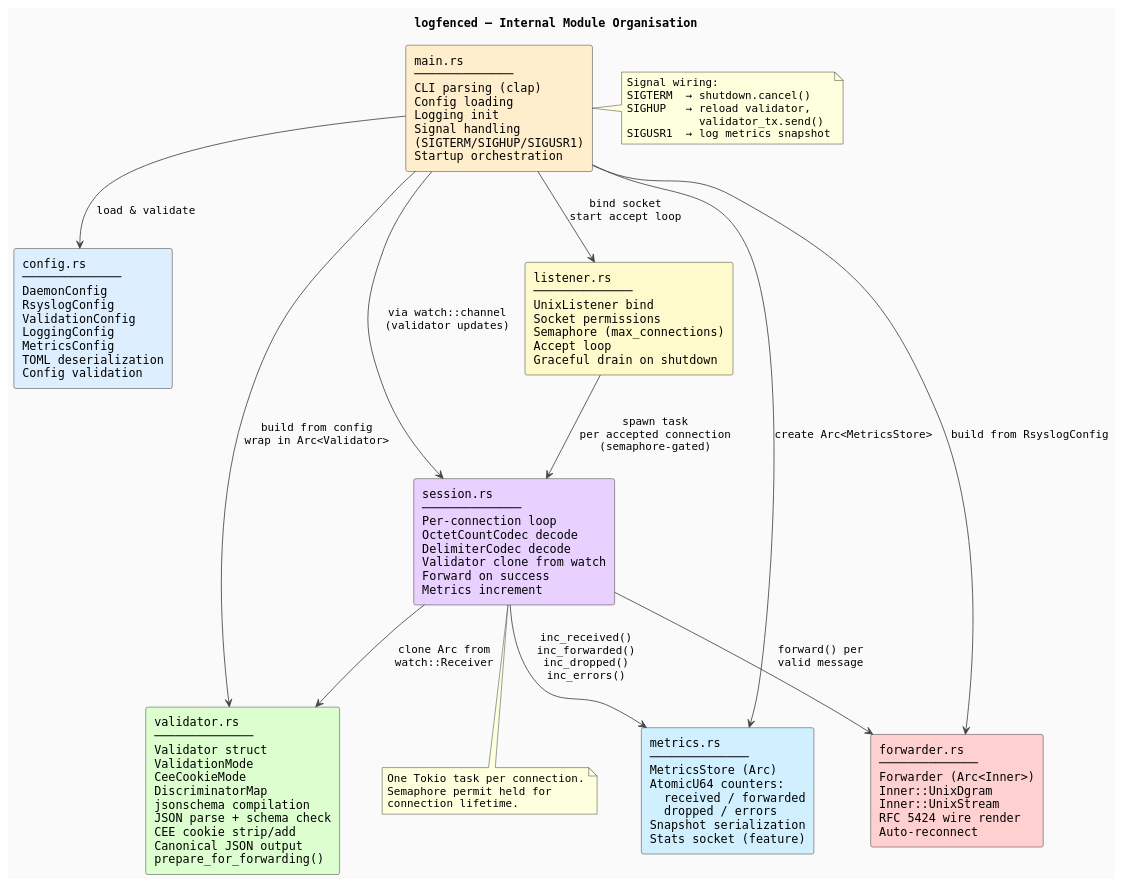
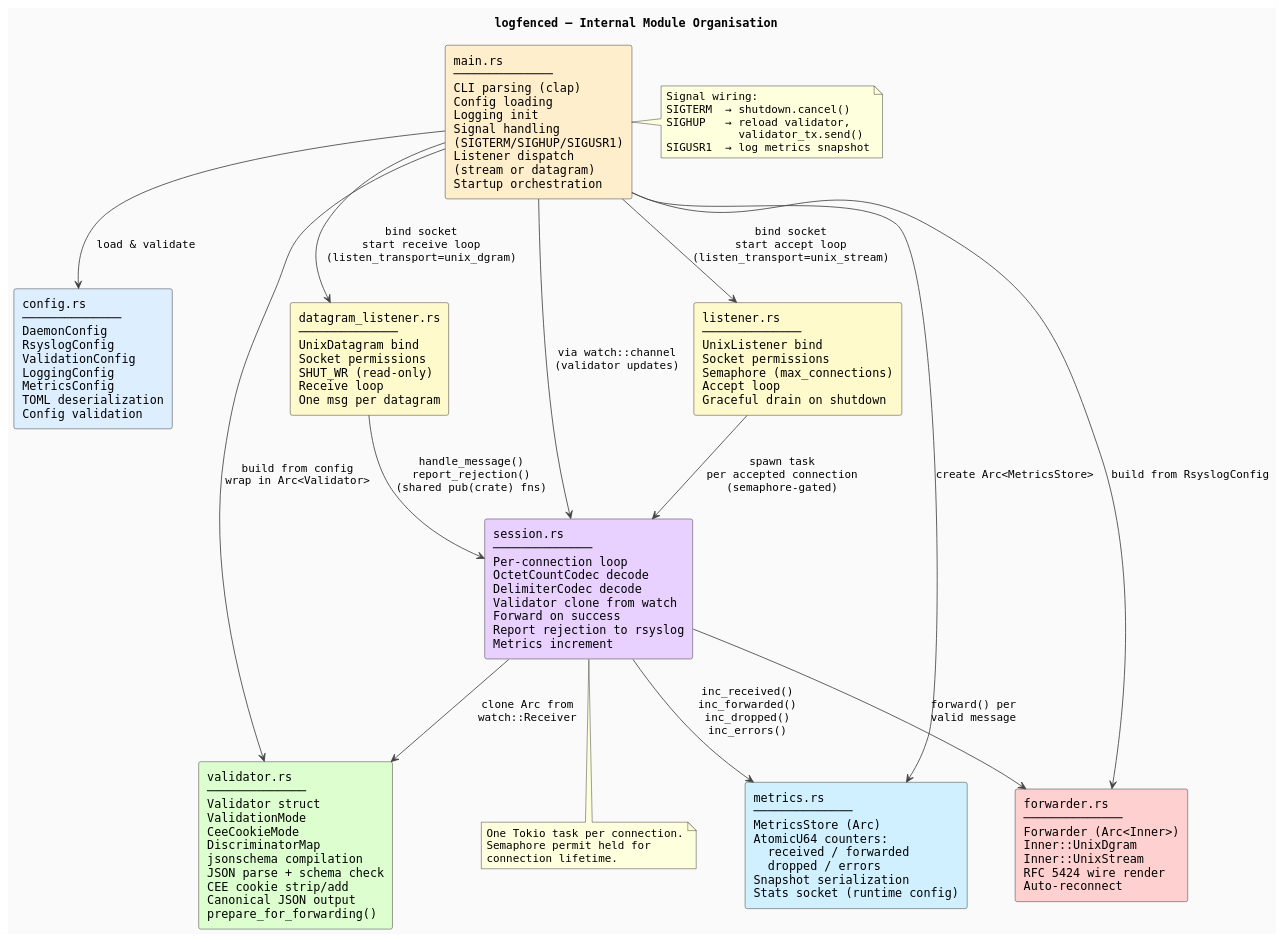
One commit to hildstrom/logfence changed the diagram in docs/diagrams/03-daemon-modules.puml. Above: the diagram before and after it, drawn with PlantUML. The commit also changed 23 other files, not shown here.

Commit message:
datagram input support for logfenced, metrics socket enabled flag, doc updates, diagram updates

```diff
--- a/docs/diagrams/03-daemon-modules.puml
+++ b/docs/diagrams/03-daemon-modules.puml
@@ -1,50 +1,54 @@
 @startuml daemon-modules
 title logfenced — Internal Module Organisation
 
 skinparam defaultFontName Monospaced
 skinparam componentStyle rectangle
 skinparam ArrowColor #444444
 skinparam BackgroundColor #FAFAFA
 
-component "main.rs\n──────────────\nCLI parsing (clap)\nConfig loading\nLogging init\nSignal handling\n(SIGTERM/SIGHUP/SIGUSR1)\nStartup orchestration" as Main #FFEECC
+component "main.rs\n──────────────\nCLI parsing (clap)\nConfig loading\nLogging init\nSignal handling\n(SIGTERM/SIGHUP/SIGUSR1)\nListener dispatch\n(stream or datagram)\nStartup orchestration" as Main #FFEECC
 
 component "config.rs\n──────────────\nDaemonConfig\nRsyslogConfig\nValidationConfig\nLoggingConfig\nMetricsConfig\nTOML deserialization\nConfig validation" as Config #DDEEFF
 
 component "validator.rs\n──────────────\nValidator struct\nValidationMode\nCeeCookieMode\nDiscriminatorMap\njsonschema compilation\nJSON parse + schema check\nCEE cookie strip/add\nCanonical JSON output\nprepare_for_forwarding()" as Validator #DDFFD0
 
 component "forwarder.rs\n──────────────\nForwarder (Arc<Inner>)\nInner::UnixDgram\nInner::UnixStream\nRFC 5424 wire render\nAuto-reconnect" as Forwarder #FFD0D0
 
 component "listener.rs\n──────────────\nUnixListener bind\nSocket permissions\nSemaphore (max_connections)\nAccept loop\nGraceful drain on shutdown" as Listener #FFFACC
 
-component "session.rs\n──────────────\nPer-connection loop\nOctetCountCodec decode\nDelimiterCodec decode\nValidator clone from watch\nForward on success\nMetrics increment" as Session #E8D0FF
+component "datagram_listener.rs\n──────────────\nUnixDatagram bind\nSocket permissions\nSHUT_WR (read-only)\nReceive loop\nOne msg per datagram" as DgramListener #FFFACC
 
-component "metrics.rs\n──────────────\nMetricsStore (Arc)\nAtomicU64 counters:\n  received / forwarded\n  dropped / errors\nSnapshot serialization\nStats socket (feature)" as Metrics #D0F0FF
+component "session.rs\n──────────────\nPer-connection loop\nOctetCountCodec decode\nDelimiterCodec decode\nValidator clone from watch\nForward on success\nReport rejection to rsyslog\nMetrics increment" as Session #E8D0FF
+
+component "metrics.rs\n──────────────\nMetricsStore (Arc)\nAtomicU64 counters:\n  received / forwarded\n  dropped / errors\nSnapshot serialization\nStats socket (runtime config)" as Metrics #D0F0FF
 
 Main --> Config : load & validate
 Main --> Validator : build from config\nwrap in Arc<Validator>
 Main --> Forwarder : build from RsyslogConfig
-Main --> Listener : bind socket\nstart accept loop
+Main --> Listener : bind socket\nstart accept loop\n(listen_transport=unix_stream)
+Main --> DgramListener : bind socket\nstart receive loop\n(listen_transport=unix_dgram)
 Main --> Metrics : create Arc<MetricsStore>
 Main --> Session : via watch::channel\n(validator updates)
 
 Listener --> Session : spawn task\nper accepted connection\n(semaphore-gated)
+DgramListener --> Session : handle_message()\nreport_rejection()\n(shared pub(crate) fns)
 
 Session --> Validator : clone Arc from\nwatch::Receiver
 Session --> Forwarder : forward() per\nvalid message
 Session --> Metrics : inc_received()\ninc_forwarded()\ninc_dropped()\ninc_errors()
 
 note right of Main
   Signal wiring:
   SIGTERM  → shutdown.cancel()
   SIGHUP   → reload validator,
              validator_tx.send()
   SIGUSR1  → log metrics snapshot
 end note
 
 note bottom of Session
   One Tokio task per connection.
   Semaphore permit held for
   connection lifetime.
 end note
 
 @enduml
```
